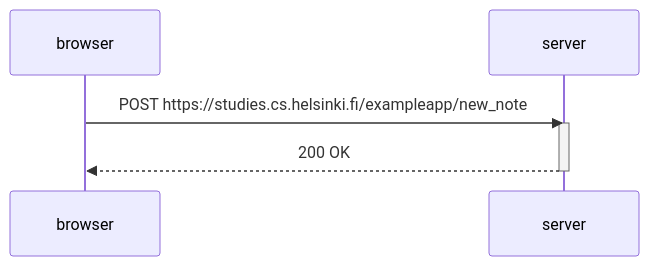
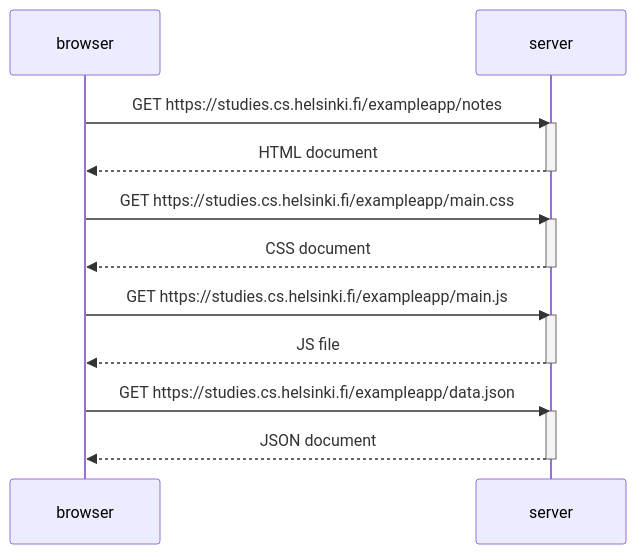
One commit to iltelko2/fullstackopen changed the diagram in part0/exercise0.5/diagram.md. Above: the diagram before and after it, drawn with Mermaid. The commit also changed 3 other files, not shown here.

````diff
--- a/part0/exercise0.5/diagram.md
+++ b/part0/exercise0.5/diagram.md
@@ -1,11 +1,25 @@
 ```mermaid
 sequenceDiagram
     participant browser
     participant server
 
-    browser->>server: POST https://studies.cs.helsinki.fi/exampleapp/new_note
+    browser->>server: GET https://studies.cs.helsinki.fi/exampleapp/notes
     activate server
-    server-->>browser: 200 OK
+    server-->>browser: HTML document
     deactivate server
 
+    browser->>server: GET https://studies.cs.helsinki.fi/exampleapp/main.css
+    activate server
+    server-->>browser: CSS document    
+    deactivate server
+
+    browser->>server: GET https://studies.cs.helsinki.fi/exampleapp/main.js
+    activate server
+    server-->>browser: JS file    
+    deactivate server
+
+    browser->>server: GET https://studies.cs.helsinki.fi/exampleapp/data.json   
+    activate server
+    server-->>browser: JSON document   
+    deactivate server
 ```
````
